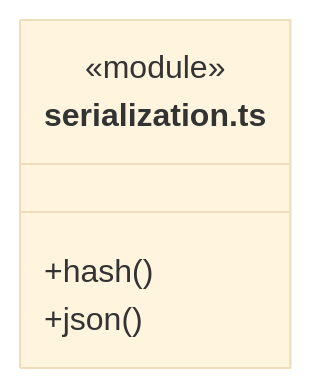
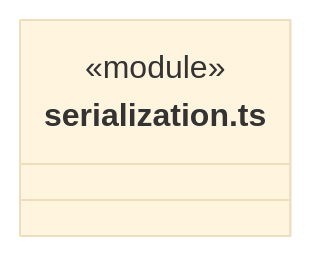
One commit to nan023062/cbim changed the sixth of 7 diagrams in src/backend/core/foundation/ARCHITECTURE.md. Above: the diagram before and after it, drawn with Mermaid (base theme). The commit also changed other lines of this file and 44 other files, not shown here.

````diff
--- a/src/backend/core/foundation/ARCHITECTURE.md
+++ b/src/backend/core/foundation/ARCHITECTURE.md
@@ -93,8 +93,6 @@
 ```mermaid
 classDiagram
 class N_src_backend_core_foundation_serialization_ts["serialization.ts"] {
   <<module>>
-  +hash()
-  +json()
 }
 ```
````
